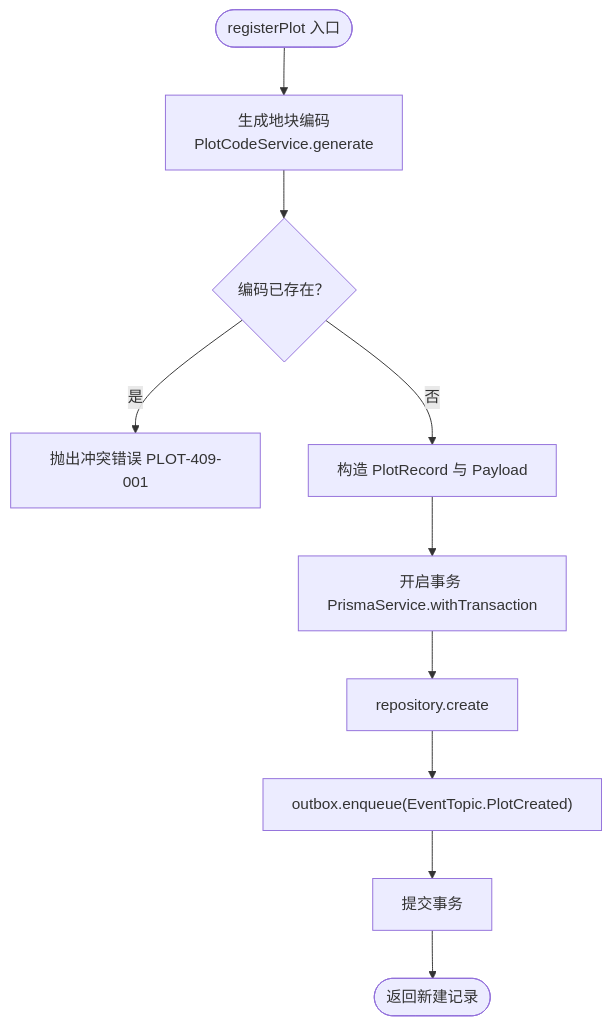
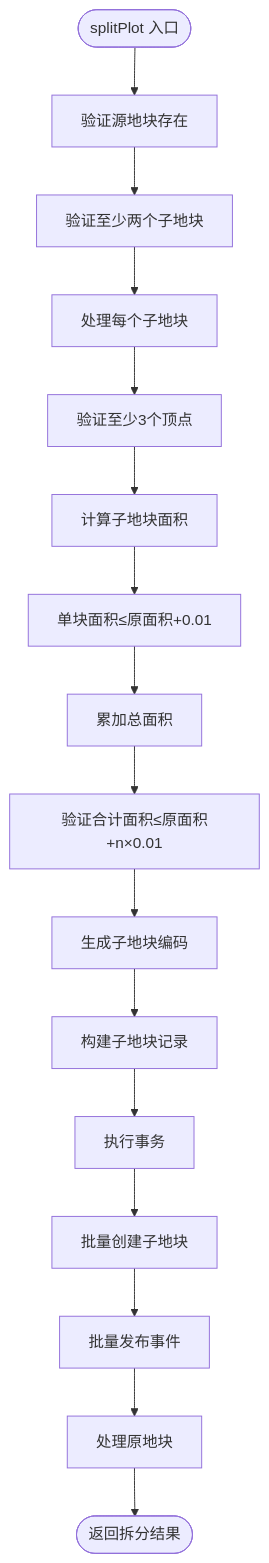
The third of 14 diagrams in .qoder/repowiki/zh/content/核心服务文档/地块管理服务.md (q446328246/agri-platform), drawn with Mermaid before and after one commit. The commit also changed other lines of this file and 52 other files, not shown here.

````diff
--- a/.qoder/repowiki/zh/content/核心服务文档/地块管理服务.md
+++ b/.qoder/repowiki/zh/content/核心服务文档/地块管理服务.md
@@ -211,12 +280,18 @@
 ```mermaid
 flowchart TD
-Start(["registerPlot 入口"]) --> GenCode["生成地块编码<br/>PlotCodeService.generate"]
-GenCode --> CheckDup{"编码已存在？"}
-CheckDup --> |是| ThrowConflict["抛出冲突错误 PLOT-409-001"]
-CheckDup --> |否| BuildRecord["构造 PlotRecord 与 Payload"]
-BuildRecord --> BeginTx["开启事务 PrismaService.withTransaction"]
-BeginTx --> Create["repository.create"]
-Create --> Enqueue["outbox.enqueue(EventTopic.PlotCreated)"]
-Enqueue --> Commit["提交事务"]
-Commit --> Return(["返回新建记录"])
+Start(["splitPlot 入口"]) --> ValidateSource["验证源地块存在"]
+ValidateSource --> ValidatePieces["验证至少两个子地块"]
+ValidatePieces --> ProcessEachPiece["处理每个子地块"]
+ProcessEachPiece --> CheckVertices["验证至少3个顶点"]
+CheckVertices --> CalcArea["计算子地块面积"]
+CalcArea --> CheckSingleArea["单块面积≤原面积+0.01"]
+CheckSingleArea --> AccumulateTotal["累加总面积"]
+AccumulateTotal --> CheckOverlap["验证合计面积≤原面积+n×0.01"]
+CheckOverlap --> GenCodes["生成子地块编码"]
+GenCodes --> BuildRecords["构建子地块记录"]
+BuildRecords --> ExecuteTransaction["执行事务"]
+ExecuteTransaction --> CreatePieces["批量创建子地块"]
+CreatePieces --> PublishEvents["批量发布事件"]
+PublishEvents --> HandleSource["处理原地块"]
+HandleSource --> Return(["返回拆分结果"])
 ```
````
